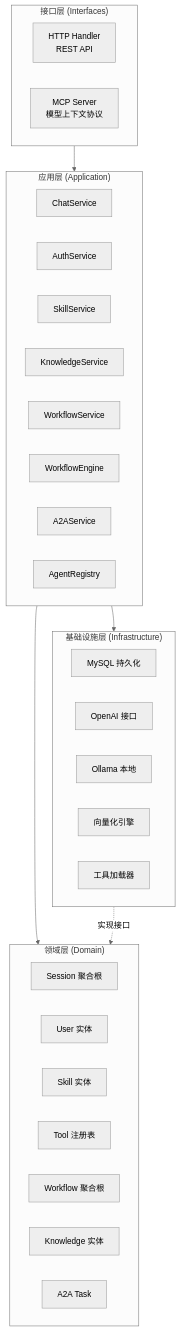
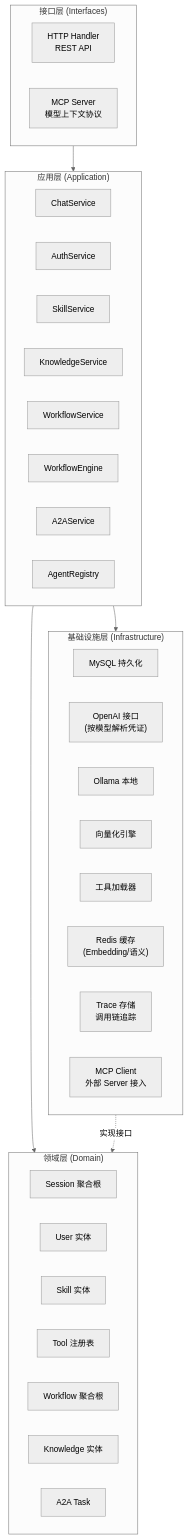
One commit to JayCoding0/ai-tool changed the first of 3 diagrams in docs/architecture.md. Above: the diagram before and after it, drawn with Mermaid (neutral theme). The commit also changed 4 other files, not shown here.

````diff
--- a/docs/architecture.md
+++ b/docs/architecture.md
@@ -7,45 +7,48 @@
 ```mermaid
 graph TB
     subgraph Interfaces["接口层 (Interfaces)"]
         direction LR
         HTTP["HTTP Handler<br/>REST API"]
         MCP["MCP Server<br/>模型上下文协议"]
     end
 
     subgraph Application["应用层 (Application)"]
         direction LR
         ChatSvc["ChatService"]
         AuthSvc["AuthService"]
         SkillSvc["SkillService"]
         KnowledgeSvc["KnowledgeService"]
         WorkflowSvc["WorkflowService"]
         WorkflowEngine["WorkflowEngine"]
         A2ASvc["A2AService"]
         AgentReg["AgentRegistry"]
     end
 
     subgraph Domain["领域层 (Domain)"]
         direction LR
         Session["Session 聚合根"]
         User["User 实体"]
         Skill["Skill 实体"]
         Tool["Tool 注册表"]
         Workflow["Workflow 聚合根"]
         Knowledge["Knowledge 实体"]
         A2ATask["A2A Task"]
     end
 
     subgraph Infrastructure["基础设施层 (Infrastructure)"]
         direction LR
         MySQL["MySQL 持久化"]
-        OpenAI["OpenAI 接口"]
+        OpenAI["OpenAI 接口<br/>(按模型解析凭证)"]
         Ollama["Ollama 本地"]
         Embedder["向量化引擎"]
         ToolLoader["工具加载器"]
+        Cache["Redis 缓存<br/>(Embedding/语义)"]
+        TraceStore["Trace 存储<br/>调用链追踪"]
+        MCPClient["MCP Client<br/>外部 Server 接入"]
     end
 
     Interfaces --> Application
     Application --> Domain
     Infrastructure -.->|实现接口| Domain
     Application --> Infrastructure
 ```
````
